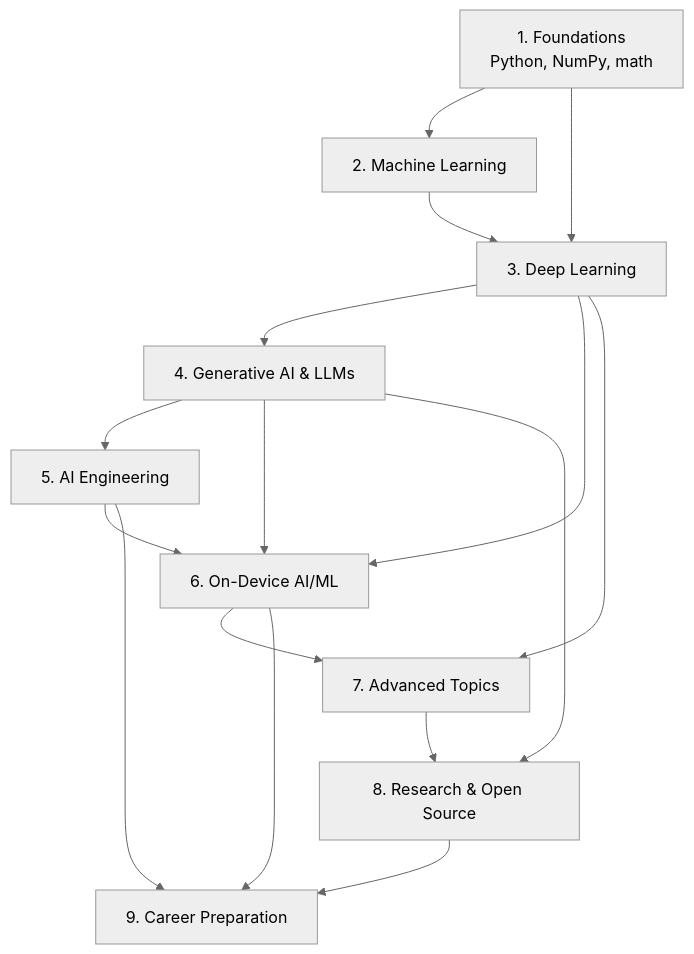
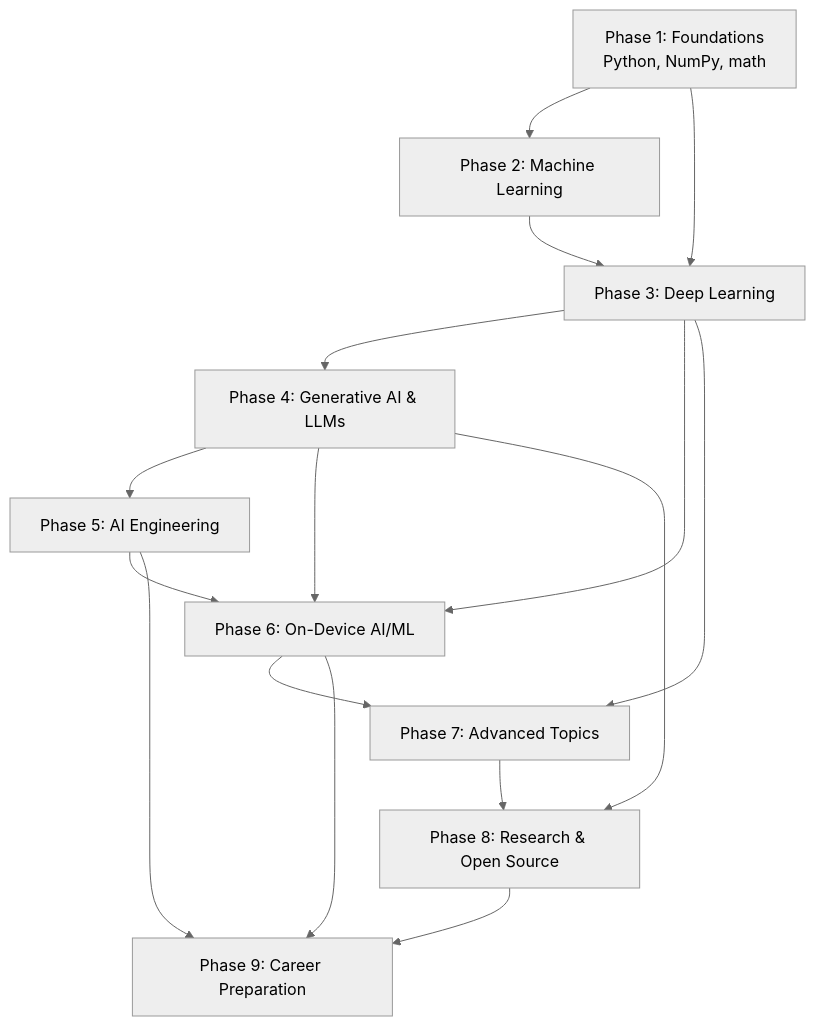
The diagram in docs/roadmap/index.md (manjulkadyan/ai-leaning), drawn with Mermaid (neutral theme) before and after one commit.

Commit message:
Fix roadmap diagram labels being parsed as Markdown lists
Claude-Session: https://claude.ai/code/session_017ytvhtdaK44petTzWdkytq

````diff
--- a/docs/roadmap/index.md
+++ b/docs/roadmap/index.md
@@ -12,18 +12,18 @@
 ```mermaid
 flowchart TD
-    P1[1. Foundations<br/>Python, NumPy, math] --> P2[2. Machine Learning]
-    P1 --> P3[3. Deep Learning]
+    P1["Phase 1: Foundations<br/>Python, NumPy, math"] --> P2["Phase 2: Machine Learning"]
+    P1 --> P3["Phase 3: Deep Learning"]
     P2 --> P3
-    P3 --> P4[4. Generative AI & LLMs]
-    P4 --> P5[5. AI Engineering]
-    P3 --> P6[6. On-Device AI/ML]
+    P3 --> P4["Phase 4: Generative AI & LLMs"]
+    P4 --> P5["Phase 5: AI Engineering"]
+    P3 --> P6["Phase 6: On-Device AI/ML"]
     P4 --> P6
     P5 --> P6
-    P3 --> P7[7. Advanced Topics]
+    P3 --> P7["Phase 7: Advanced Topics"]
     P6 --> P7
-    P4 --> P8[8. Research & Open Source]
+    P4 --> P8["Phase 8: Research & Open Source"]
     P7 --> P8
-    P5 --> P9[9. Career Preparation]
+    P5 --> P9["Phase 9: Career Preparation"]
     P6 --> P9
     P8 --> P9
 ```
````
